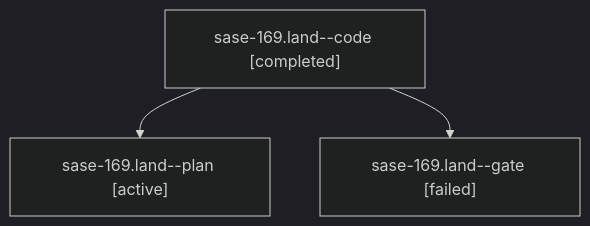
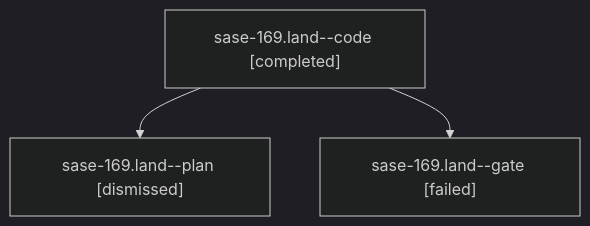
The diagram in sessions/bbugyi200.apollo.sase-169.land.md (sase-org/sase--agents), drawn with Mermaid (dark theme) before and after one commit. The commit also changed other lines of this file and 71 other files, not shown here.

````diff
--- a/sessions/bbugyi200.apollo.sase-169.land.md
+++ b/sessions/bbugyi200.apollo.sase-169.land.md
@@ -9,8 +9,8 @@
 ```mermaid
 flowchart TD
   n0["sase-169.land--code [completed]"]
-  n1["sase-169.land--plan [active]"]
+  n1["sase-169.land--plan [dismissed]"]
   n0 --> n1
   n2["sase-169.land--gate [failed]"]
   n0 --> n2
 ```
````
